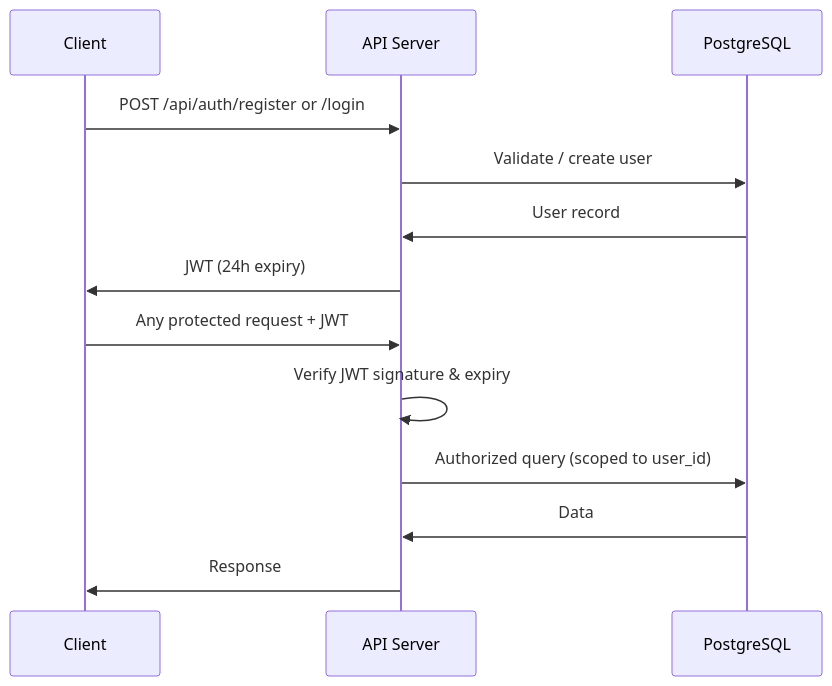
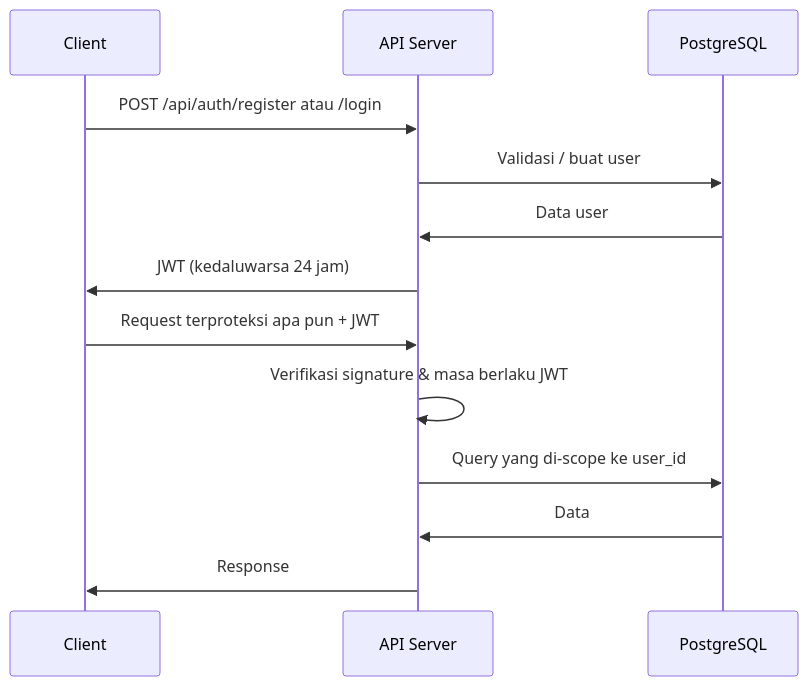
The diagram in docs/API_DOCUMENTATION_V2.md (Hendrich/script-labs), drawn with Mermaid before and after one commit. The commit also changed other lines of this file and 9 other files, not shown here.

````diff
--- a/docs/API_DOCUMENTATION_V2.md
+++ b/docs/API_DOCUMENTATION_V2.md
@@ -40,17 +40,17 @@
 ```mermaid
 sequenceDiagram
     participant C as Client
     participant API as API Server
     participant DB as PostgreSQL
 
-    C->>API: POST /api/auth/register or /login
-    API->>DB: Validate / create user
-    DB->>API: User record
-    API->>C: JWT (24h expiry)
+    C->>API: POST /api/auth/register atau /login
+    API->>DB: Validasi / buat user
+    DB->>API: Data user
+    API->>C: JWT (kedaluwarsa 24 jam)
 
-    C->>API: Any protected request + JWT
-    API->>API: Verify JWT signature & expiry
-    API->>DB: Authorized query (scoped to user_id)
+    C->>API: Request terproteksi apa pun + JWT
+    API->>API: Verifikasi signature & masa berlaku JWT
+    API->>DB: Query yang di-scope ke user_id
     DB->>API: Data
     API->>C: Response
 ```
````
